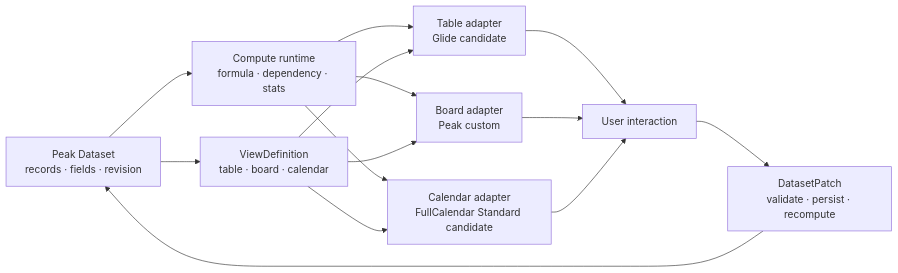
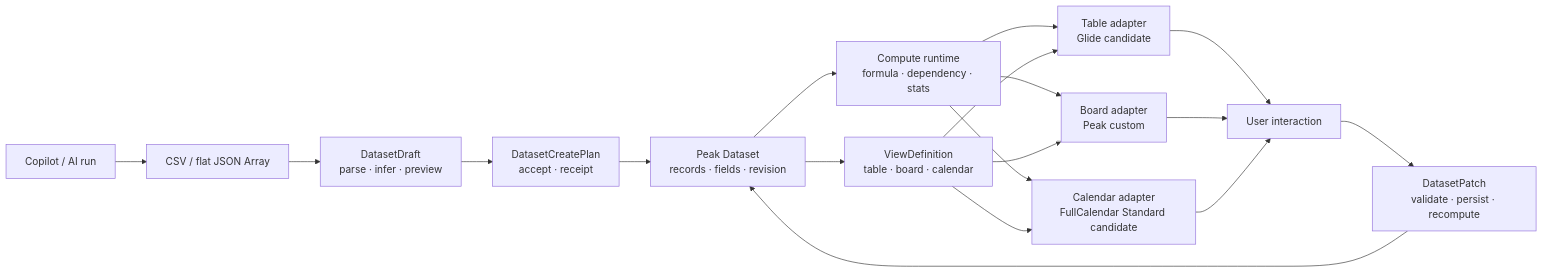
One commit to highestpeak/obsidian-peak-assistant changed the diagram in docs/superpowers/plans/2026-08-02-peak-sheet-view-adapter-spike-and-rollout-plan.md. Above: the diagram before and after it, drawn with Mermaid. The commit also changed other lines of this file and 1 other file, not shown here.

Commit message:
docs: add AI-created Peak Sheet flow

````diff
--- a/docs/superpowers/plans/2026-08-02-peak-sheet-view-adapter-spike-and-rollout-plan.md
+++ b/docs/superpowers/plans/2026-08-02-peak-sheet-view-adapter-spike-and-rollout-plan.md
@@ -99,25 +107,33 @@
 ```mermaid
 flowchart LR
+  AI["Copilot / AI run"]
+  RAW["CSV / flat JSON Array"]
+  DRAFT["DatasetDraft<br/>parse · infer · preview"]
+  CREATE["DatasetCreatePlan<br/>accept · receipt"]
   DS["Peak Dataset<br/>records · fields · revision"]
   CP["Compute runtime<br/>formula · dependency · stats"]
   VD["ViewDefinition<br/>table · board · calendar"]
   TA["Table adapter<br/>Glide candidate"]
   BA["Board adapter<br/>Peak custom"]
   CA["Calendar adapter<br/>FullCalendar Standard candidate"]
   UI["User interaction"]
   DP["DatasetPatch<br/>validate · persist · recompute"]
 
+  AI --> RAW
+  RAW --> DRAFT
+  DRAFT --> CREATE
+  CREATE --> DS
   DS --> CP
   DS --> VD
   CP --> TA
   CP --> BA
   CP --> CA
   VD --> TA
   VD --> BA
   VD --> CA
   TA --> UI
   BA --> UI
   CA --> UI
   UI --> DP
   DP --> DS
 ```
````
